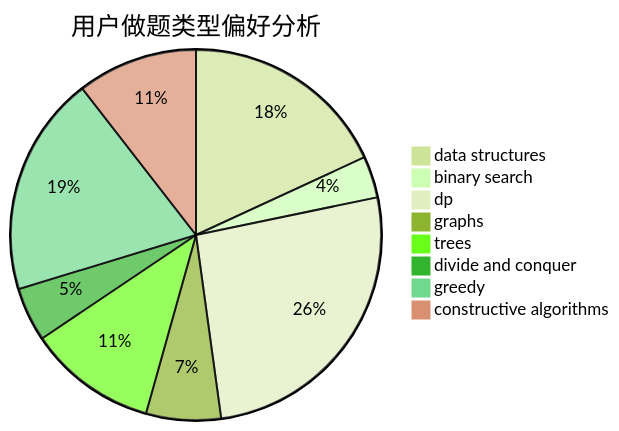
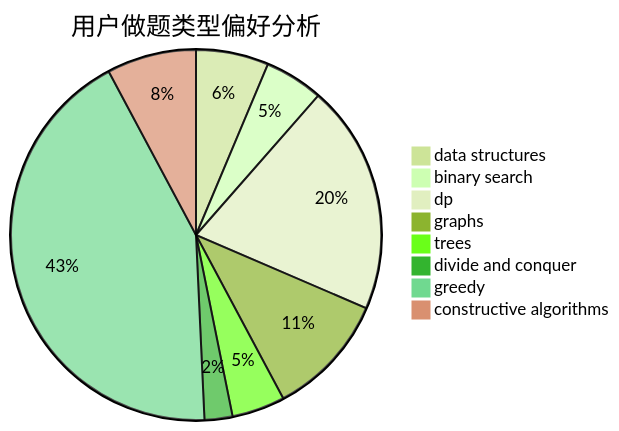
The second of 3 diagrams in docs/user/u1889.md (sherpahu/cfrs.github.io), drawn with Mermaid (forest theme) before and after one commit. The commit also changed other lines of this file and 2770 other files, not shown here.

````diff
--- a/docs/user/u1889.md
+++ b/docs/user/u1889.md
@@ -23,11 +23,11 @@
 ```mermaid
 pie title 用户做题类型偏好分析
-    "data structures" :  50
-    "binary search" :  10
-    "dp" :  72
-    "graphs" :  18
-    "trees" :  31
-    "divide and conquer" :  13
-    "greedy" :  53
-    "constructive algorithms" :  29
+    "data structures" :  26
+    "binary search" :  21
+    "dp" :  82
+    "graphs" :  44
+    "trees" :  19
+    "divide and conquer" :  10
+    "greedy" :  176
+    "constructive algorithms" :  32
 ```
````
